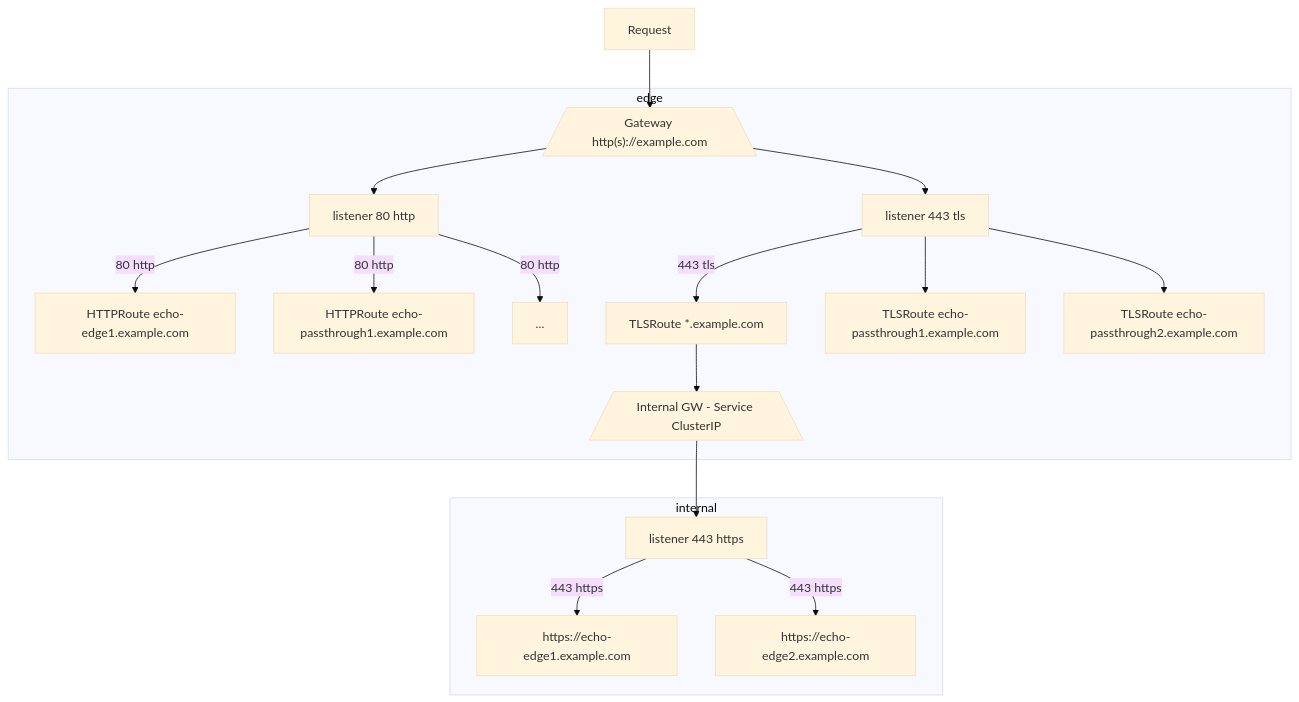
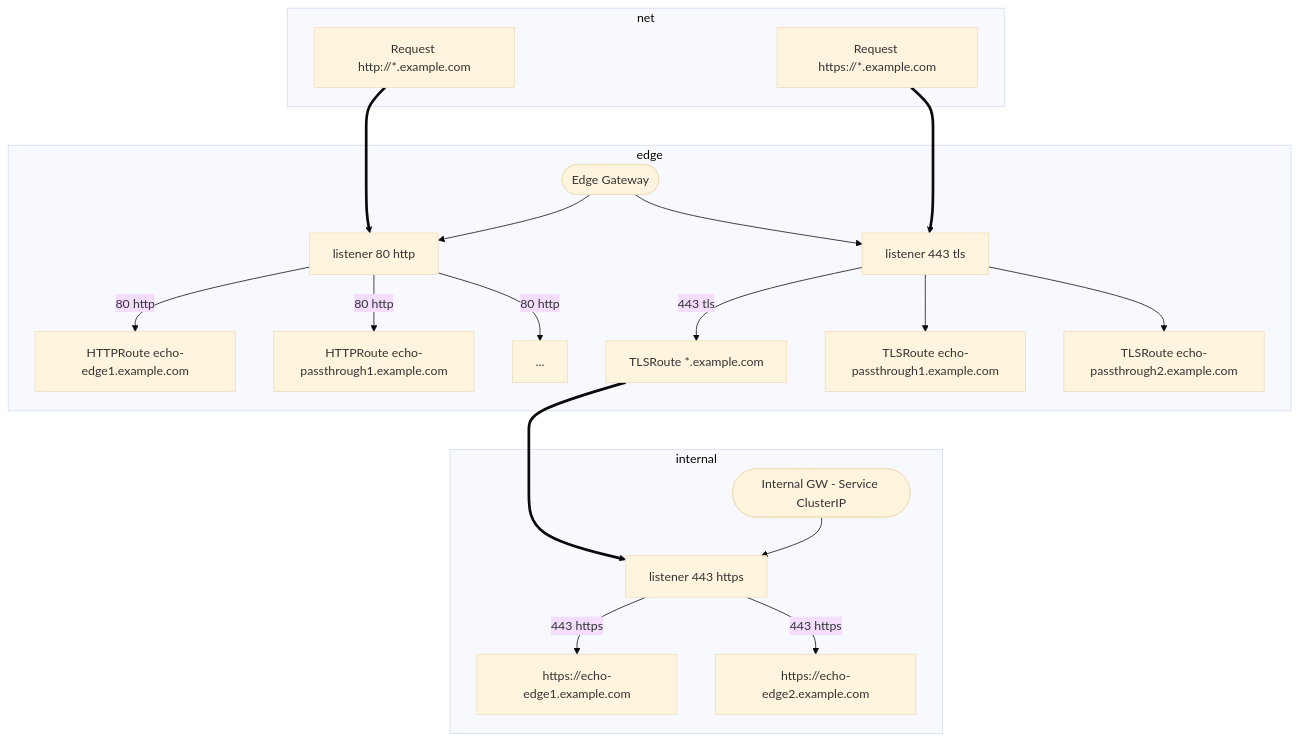
The diagram in README.md (gernoteger/contour-apigateway), drawn with Mermaid (base theme) before and after one commit. The commit also changed other lines of this file, not shown here.

Commit message:
Update README.md
sketch routes

````diff
--- a/README.md
+++ b/README.md
@@ -37,20 +37,40 @@
 ```mermaid
-graph TD
-    R[Request]-->GWEdge[/"Gateway http(s)://example.com"\];
+flowchart TD
+    
+    subgraph net
+        R1[Request http://*.example.com]
+        R2[Request https://*.example.com]
+    end 
+
     subgraph edge
+        R1==>LE1
+
+%% positioning
+        R1~~~GWEdge
+        R2~~~GWEdge
+
+        GWEdge(["Edge Gateway"])
+
         GWEdge-->LE1[listener 80 http];
         GWEdge-->LE2[listener 443 tls];
+        R2==>LE2
+
+
         LE1-->|80 http|HTTPRoute1[HTTPRoute echo-edge1.example.com];
         LE1-->|80 http|HTTPRoute2[HTTPRoute echo-passthrough1.example.com];
         LE1-->|80 http|HTTPRoute3[...];
         LE2-->|443 tls|TLSRouteEdge["TLSRoute *.example.com"];
         LE2-->TLSRoute1["TLSRoute echo-passthrough1.example.com"];
         LE2-->TLSRoute2["TLSRoute echo-passthrough2.example.com"];
-        TLSRouteEdge-->GWInternal[/"Internal GW - Service ClusterIP"\];
+        
     end
     subgraph internal
+        GWInternal(["Internal GW - Service ClusterIP"])
+
+        TLSRouteEdge ~~~ GWInternal
+        TLSRouteEdge ==> LI1
         GWInternal-->LI1[listener 443 https];
         LI1-->|443 https|HTTPRouteHttps1["https://echo-edge1.example.com"];
         LI1-->|443 https|HTTPRouteHttps2["https://echo-edge2.example.com"];
     end
 ```
````
